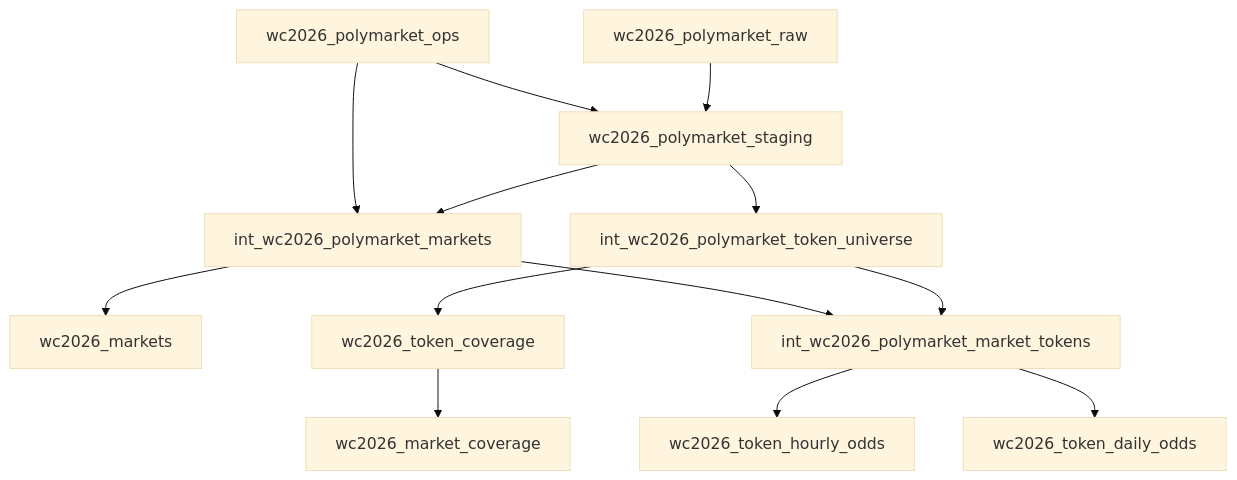
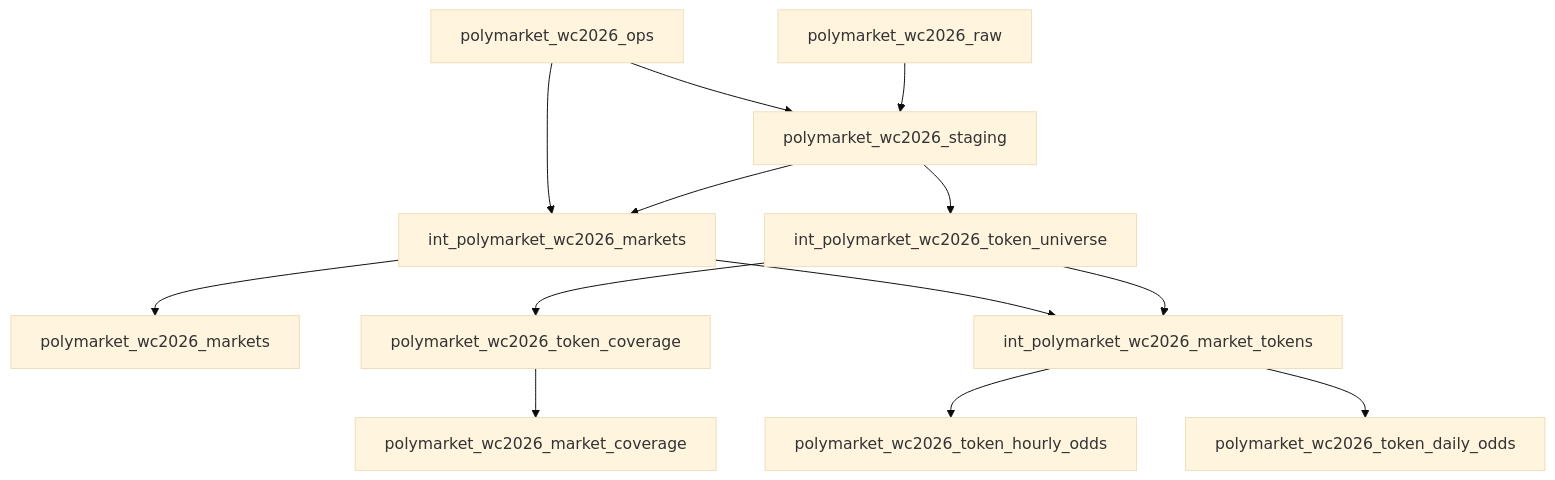
The second of 2 diagrams in docs/architecture.md (hypertrial/oddsfox-pipeline), drawn with Mermaid (base theme) before and after one commit. The commit also changed other lines of this file and 163 other files, not shown here.

````diff
--- a/docs/architecture.md
+++ b/docs/architecture.md
@@ -51,15 +51,15 @@
 ```mermaid
 flowchart TD
-    raw["wc2026_polymarket_raw"] --> staging["wc2026_polymarket_staging"]
-    ops["wc2026_polymarket_ops"] --> staging
-    staging --> token_universe["int_wc2026_polymarket_token_universe"]
-    staging --> wc2026_markets_int["int_wc2026_polymarket_markets"]
+    raw["polymarket_wc2026_raw"] --> staging["polymarket_wc2026_staging"]
+    ops["polymarket_wc2026_ops"] --> staging
+    staging --> token_universe["int_polymarket_wc2026_token_universe"]
+    staging --> wc2026_markets_int["int_polymarket_wc2026_markets"]
     ops --> wc2026_markets_int
-    wc2026_markets_int --> wc2026_markets["wc2026_markets"]
-    token_universe --> wc2026_tokens["int_wc2026_polymarket_market_tokens"]
+    wc2026_markets_int --> polymarket_wc2026_markets["polymarket_wc2026_markets"]
+    token_universe --> wc2026_tokens["int_polymarket_wc2026_market_tokens"]
     wc2026_markets_int --> wc2026_tokens
-    token_universe --> coverage["wc2026_token_coverage"]
-    coverage --> wc2026_market_coverage["wc2026_market_coverage"]
-    wc2026_tokens --> hourly["wc2026_token_hourly_odds"]
-    wc2026_tokens --> daily["wc2026_token_daily_odds"]
+    token_universe --> coverage["polymarket_wc2026_token_coverage"]
+    coverage --> polymarket_wc2026_market_coverage["polymarket_wc2026_market_coverage"]
+    wc2026_tokens --> hourly["polymarket_wc2026_token_hourly_odds"]
+    wc2026_tokens --> daily["polymarket_wc2026_token_daily_odds"]
 ```
````
